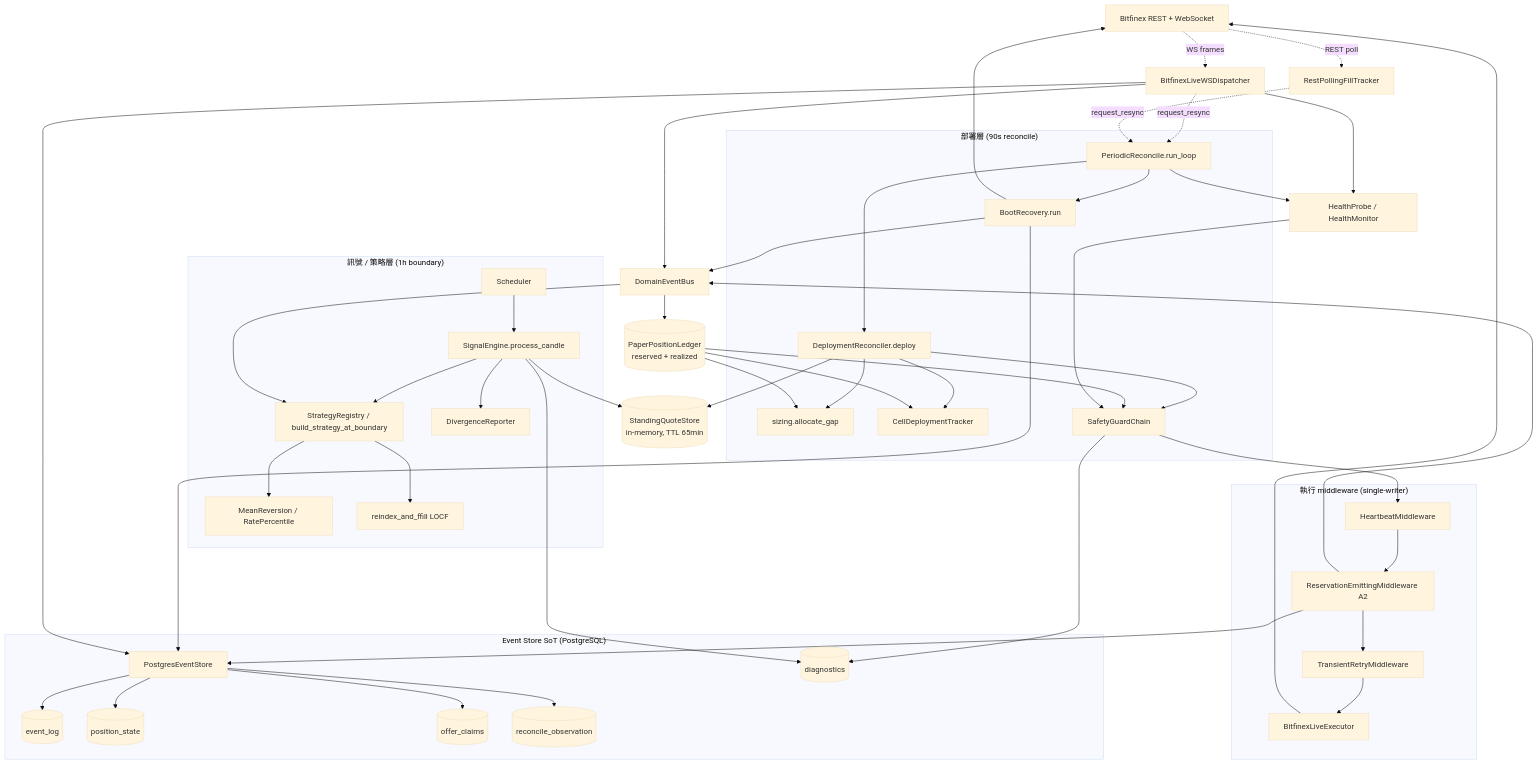
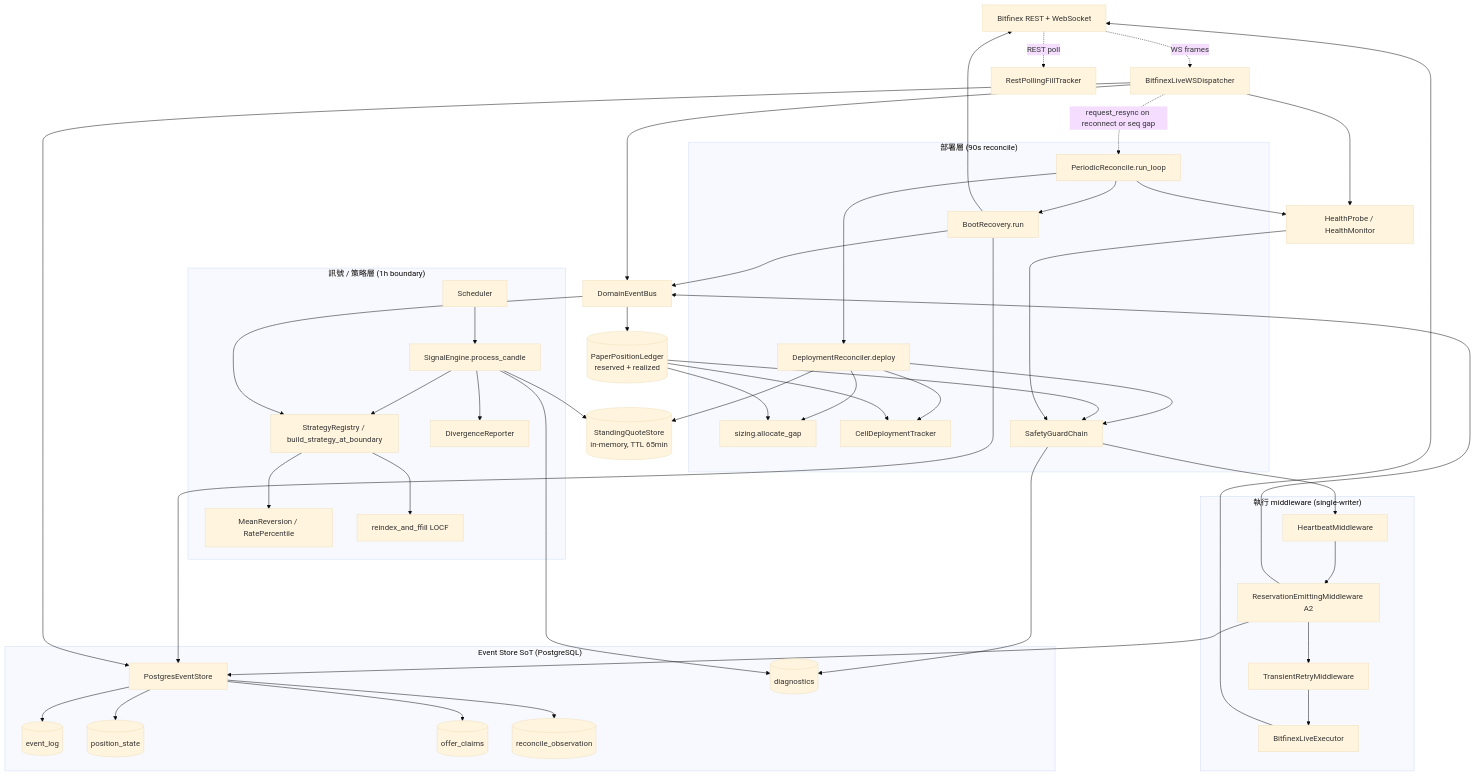
One commit to Will413028/bfx-funding-bot changed the first of 4 diagrams in backend/ARCHITECTURE.md. Above: the diagram before and after it, drawn with Mermaid (base theme). The commit also changed other lines of this file and 55 other files, not shown here.

```diff
--- a/backend/ARCHITECTURE.md
+++ b/backend/ARCHITECTURE.md
@@ -135,8 +135,7 @@
     BFX -.WS frames.-> WS
     BFX -.REST poll.-> FT
     WS --> STORE
-    WS -.request_resync.-> PR
-    FT -.request_resync.-> PR
+    WS -.request_resync on reconnect or seq gap.-> PR
 
     HP --> SAFE
     PR --> HP
```
